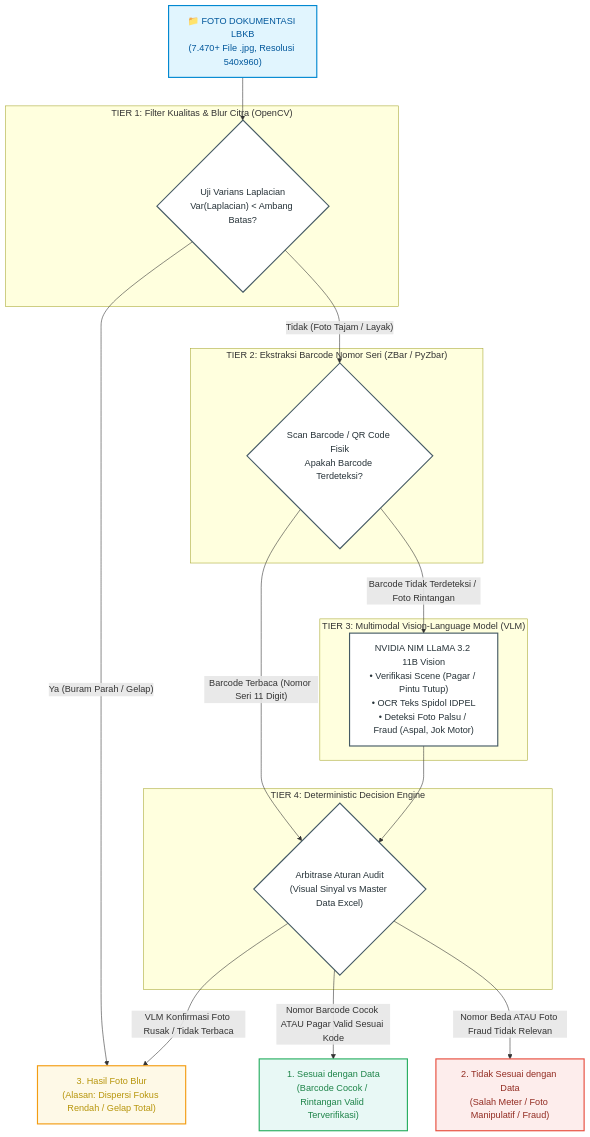
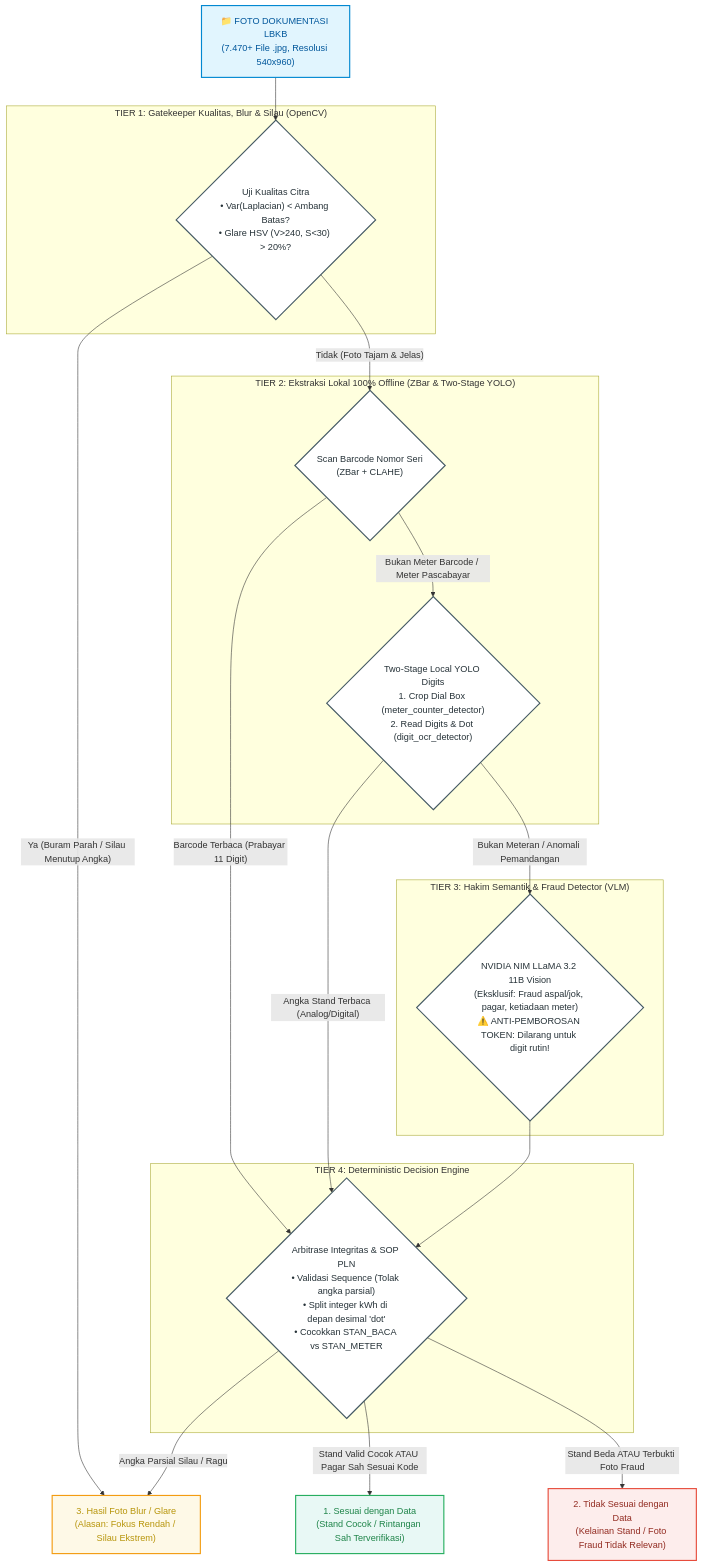
The diagram in README.md (benpascol/ARGUS_PLN-), drawn with Mermaid before and after one commit. The commit also changed other lines of this file and 2 other files, not shown here.

Commit message:
docs(governance): update project README, RULEBOOK standards, and development WHITEBOARD

````diff
--- a/README.md
+++ b/README.md
@@ -16,46 +16,50 @@
 ```mermaid
 flowchart TD
     %% Definisi Gaya Node
     classDef inputClass fill:#e1f5fe,stroke:#0288d1,stroke-width:2px,color:#01579b;
     classDef tierClass fill:#ffffff,stroke:#455a64,stroke-width:2px,color:#263238;
     classDef resultOk fill:#e8f8f5,stroke:#27ae60,stroke-width:2px,color:#1e8449;
     classDef resultFail fill:#fdedec,stroke:#e74c3c,stroke-width:2px,color:#922b21;
     classDef resultBlur fill:#fef9e7,stroke:#f39c12,stroke-width:2px,color:#b7950b;
 
     RawInput["📁 FOTO DOKUMENTASI LBKB<br/>(7.470+ File .jpg, Resolusi 540x960)"]:::inputClass
 
-    subgraph T1 ["TIER 1: Filter Kualitas & Blur Citra (OpenCV)"]
-        BlurFilter{"Uji Varians Laplacian<br/>Var(Laplacian) < Ambang Batas?"}:::tierClass
+    subgraph T1 ["TIER 1: Gatekeeper Kualitas, Blur & Silau (OpenCV)"]
+        BlurFilter{"Uji Kualitas Citra<br/>• Var(Laplacian) < Ambang Batas?<br/>• Glare HSV (V>240, S<30) > 20%?"}:::tierClass
     end
 
-    subgraph T2 ["TIER 2: Ekstraksi Barcode Nomor Seri (ZBar / PyZbar)"]
-        BarcodeScan{"Scan Barcode / QR Code Fisik<br/>Apakah Barcode Terdeteksi?"}:::tierClass
+    subgraph T2 ["TIER 2: Ekstraksi Lokal 100% Offline (ZBar & Two-Stage YOLO)"]
+        BarcodeScan{"Scan Barcode Nomor Seri<br/>(ZBar + CLAHE)"}:::tierClass
+        YoloDigits{"Two-Stage Local YOLO Digits<br/>1. Crop Dial Box (meter_counter_detector)<br/>2. Read Digits & Dot (digit_ocr_detector)"}:::tierClass
     end
 
-    subgraph T3 ["TIER 3: Multimodal Vision-Language Model (VLM)"]
-        VLMProc["NVIDIA NIM LLaMA 3.2 11B Vision<br/>• Verifikasi Scene (Pagar / Pintu Tutup)<br/>• OCR Teks Spidol IDPEL<br/>• Deteksi Foto Palsu / Fraud (Aspal, Jok Motor)"]:::tierClass
+    subgraph T3 ["TIER 3: Hakim Semantik & Fraud Detector (VLM)"]
+        VLMProc{"NVIDIA NIM LLaMA 3.2 11B Vision<br/>(Eksklusif: Fraud aspal/jok, pagar, ketiadaan meter)<br/>⚠️ ANTI-PEMBOROSAN TOKEN: Dilarang untuk digit rutin!"}:::tierClass
     end
 
     subgraph T4 ["TIER 4: Deterministic Decision Engine"]
-        Arbiter{"Arbitrase Aturan Audit<br/>(Visual Sinyal vs Master Data Excel)"}:::tierClass
+        Arbiter{"Arbitrase Integritas & SOP PLN<br/>• Validasi Sequence (Tolak angka parsial)<br/>• Split integer kWh di depan desimal 'dot'<br/>• Cocokkan STAN_BACA vs STAN_METER"}:::tierClass
     end
 
     %% Node Hasil Akhir
-    ResBlur["3. Hasil Foto Blur<br/>(Alasan: Dispersi Fokus Rendah / Gelap Total)"]:::resultBlur
-    ResSesuai["1. Sesuai dengan Data<br/>(Barcode Cocok / Rintangan Valid Terverifikasi)"]:::resultOk
-    ResTidak["2. Tidak Sesuai dengan Data<br/>(Salah Meter / Foto Manipulatif / Fraud)"]:::resultFail
+    ResBlur["3. Hasil Foto Blur / Glare<br/>(Alasan: Fokus Rendah / Silau Ekstrem)"]:::resultBlur
+    ResSesuai["1. Sesuai dengan Data<br/>(Stand Cocok / Rintangan Sah Terverifikasi)"]:::resultOk
+    ResTidak["2. Tidak Sesuai dengan Data<br/>(Kelainan Stand / Foto Fraud Tidak Relevan)"]:::resultFail
 
     %% Alur Relasi & Keputusan
     RawInput --> BlurFilter
-    BlurFilter -- "Ya (Buram Parah / Gelap)" --> ResBlur
-    BlurFilter -- "Tidak (Foto Tajam / Layak)" --> BarcodeScan
+    BlurFilter -- "Ya (Buram Parah / Silau Menutup Angka)" --> ResBlur
+    BlurFilter -- "Tidak (Foto Tajam & Jelas)" --> BarcodeScan
 
-    BarcodeScan -- "Barcode Terbaca (Nomor Seri 11 Digit)" --> Arbiter
-    BarcodeScan -- "Barcode Tidak Terdeteksi / Foto Rintangan" --> VLMProc
+    BarcodeScan -- "Barcode Terbaca (Prabayar 11 Digit)" --> Arbiter
+    BarcodeScan -- "Bukan Meter Barcode / Meter Pascabayar" --> YoloDigits
+
+    YoloDigits -- "Angka Stand Terbaca (Analog/Digital)" --> Arbiter
+    YoloDigits -- "Bukan Meteran / Anomali Pemandangan" --> VLMProc
 
     VLMProc --> Arbiter
 
-    Arbiter -- "Nomor Barcode Cocok ATAU Pagar Valid Sesuai Kode" --> ResSesuai
-    Arbiter -- "Nomor Beda ATAU Foto Fraud Tidak Relevan" --> ResTidak
-    Arbiter -- "VLM Konfirmasi Foto Rusak / Tidak Terbaca" --> ResBlur
+    Arbiter -- "Stand Valid Cocok ATAU Pagar Sah Sesuai Kode" --> ResSesuai
+    Arbiter -- "Stand Beda ATAU Terbukti Foto Fraud" --> ResTidak
+    Arbiter -- "Angka Parsial Silau / Ragu" --> ResBlur
 ```
````
